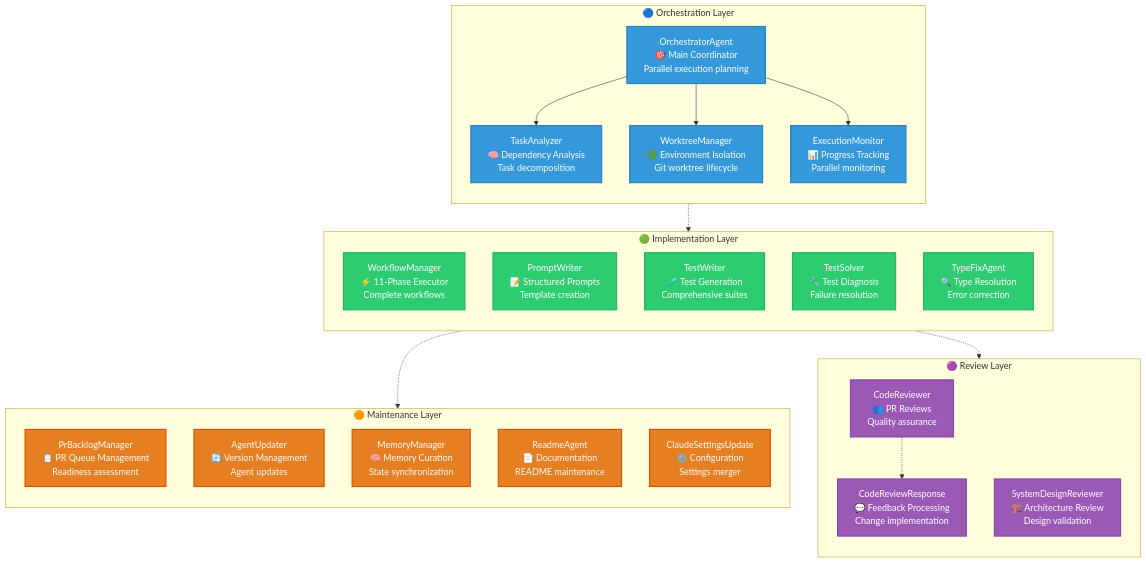
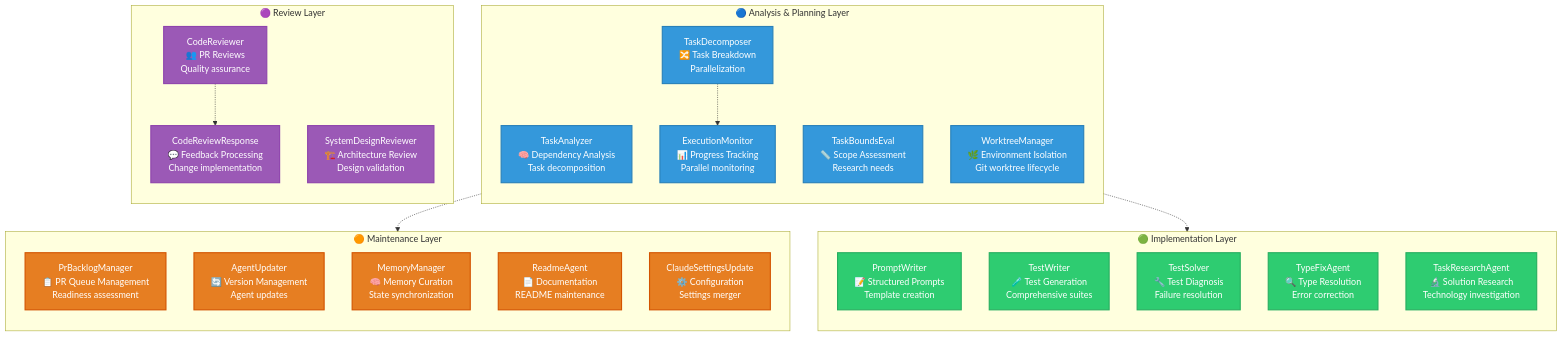
One commit to rysweet/gadugi changed the first of 3 diagrams in README.md. Above: the diagram before and after it, drawn with Mermaid. The commit also changed other lines of this file and 7 other files, not shown here.

````diff
--- a/README.md
+++ b/README.md
@@ -31,56 +31,53 @@
 ```mermaid
 graph TD
-    subgraph "🔵 Orchestration Layer"
+    subgraph "🔵 Analysis & Planning Layer"
         direction TB
-        OA[OrchestratorAgent<br/>🎯 Main Coordinator<br/>Parallel execution planning]
         TA[TaskAnalyzer<br/>🧠 Dependency Analysis<br/>Task decomposition]
+        TB[TaskBoundsEval<br/>📏 Scope Assessment<br/>Research needs]
+        TD[TaskDecomposer<br/>🔀 Task Breakdown<br/>Parallelization]
         WM[WorktreeManager<br/>🌿 Environment Isolation<br/>Git worktree lifecycle]
         EM[ExecutionMonitor<br/>📊 Progress Tracking<br/>Parallel monitoring]
-
-        OA --> TA
-        OA --> WM
-        OA --> EM
     end
 
     subgraph "🟢 Implementation Layer"
         direction TB
-        WF[WorkflowManager<br/>⚡ 11-Phase Executor<br/>Complete workflows]
         PW[PromptWriter<br/>📝 Structured Prompts<br/>Template creation]
         TW[TestWriter<br/>🧪 Test Generation<br/>Comprehensive suites]
         TS[TestSolver<br/>🔧 Test Diagnosis<br/>Failure resolution]
         TFA[TypeFixAgent<br/>🔍 Type Resolution<br/>Error correction]
+        TR[TaskResearchAgent<br/>🔬 Solution Research<br/>Technology investigation]
     end
 
     subgraph "🟣 Review Layer"
         direction TB
         CR[CodeReviewer<br/>👥 PR Reviews<br/>Quality assurance]
         CRR[CodeReviewResponse<br/>💬 Feedback Processing<br/>Change implementation]
         SDR[SystemDesignReviewer<br/>🏗️ Architecture Review<br/>Design validation]
     end
 
     subgraph "🟠 Maintenance Layer"
         direction TB
         PBM[PrBacklogManager<br/>📋 PR Queue Management<br/>Readiness assessment]
         AU[AgentUpdater<br/>🔄 Version Management<br/>Agent updates]
         MM[MemoryManager<br/>🧠 Memory Curation<br/>State synchronization]
         RA[ReadmeAgent<br/>📄 Documentation<br/>README maintenance]
         CSU[ClaudeSettingsUpdate<br/>⚙️ Configuration<br/>Settings merger]
     end
 
     %% Inter-layer connections
-    OA -.-> WF
-    WF -.-> CR
+    TA -.-> PW
+    TD -.-> EM
     CR -.-> CRR
-    WF -.-> MM
+    EM -.-> MM
 
     %% Styling
     classDef orchestration fill:#3498db,stroke:#2980b9,color:#fff,stroke-width:2px
     classDef implementation fill:#2ecc71,stroke:#27ae60,color:#fff,stroke-width:2px
     classDef review fill:#9b59b6,stroke:#8e44ad,color:#fff,stroke-width:2px
     classDef maintenance fill:#e67e22,stroke:#d35400,color:#fff,stroke-width:2px
 
-    class OA,TA,WM,EM orchestration
-    class WF,PW,TW,TS,TFA implementation
+    class TA,TB,TD,WM,EM orchestration
+    class PW,TW,TS,TFA,TR implementation
     class CR,CRR,SDR review
     class PBM,AU,MM,RA,CSU maintenance
 ```
````
